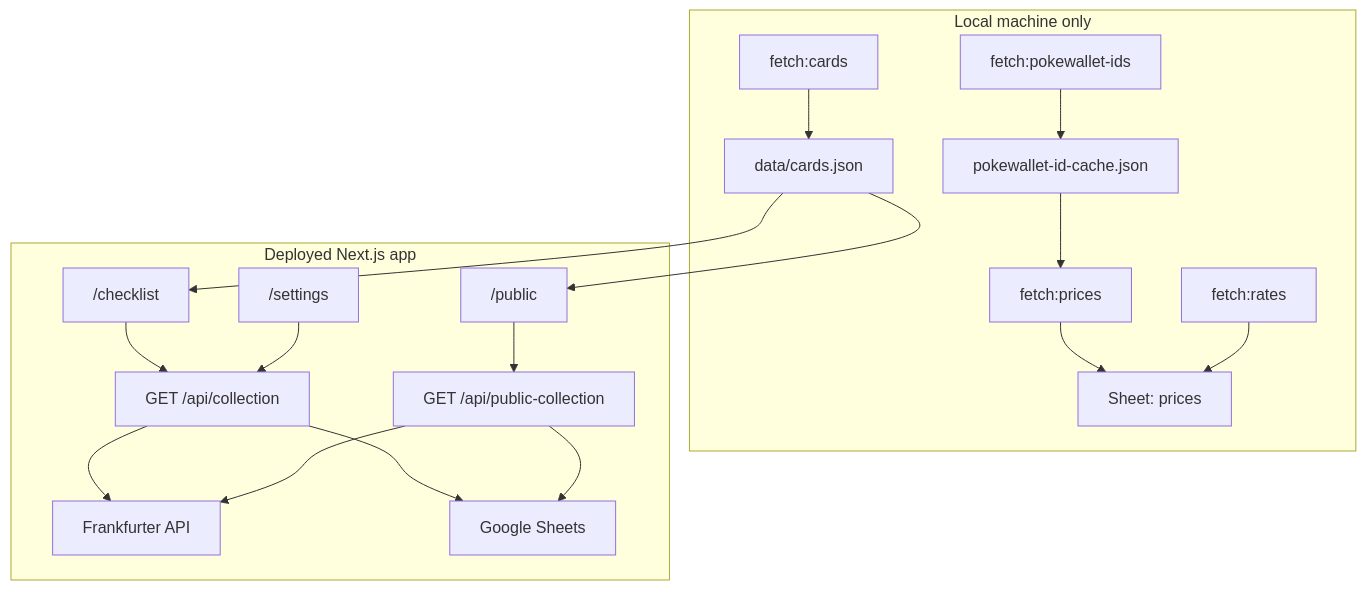
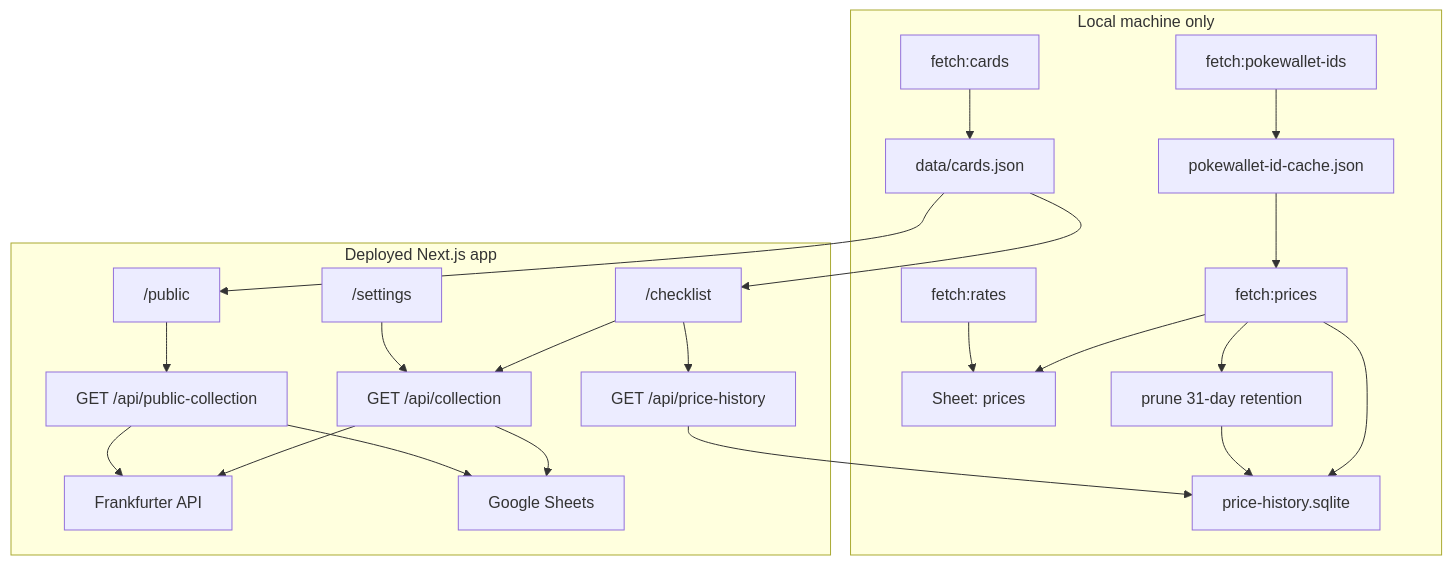
One commit to VortexRealms/eevee-tracxker changed the diagram in README.md. Above: the diagram before and after it, drawn with Mermaid. The commit also changed other lines of this file and 21 other files, not shown here.

First line of the commit message:
Add price history charts, card detail modal, and automated daily SQLite push.

````diff
--- a/README.md
+++ b/README.md
@@ -93,33 +100,39 @@
 ```mermaid
 flowchart TB
   subgraph local [Local machine only]
     fetchCards["fetch:cards"]
     fetchIds["fetch:pokewallet-ids"]
     fetchPrices["fetch:prices"]
     fetchRates["fetch:rates"]
     fetchCards --> cardsJson["data/cards.json"]
     fetchIds --> cacheJson["pokewallet-id-cache.json"]
     cacheJson --> fetchPrices
     fetchPrices --> pricesTab["Sheet: prices"]
+    fetchPrices --> sqlite["price-history.sqlite"]
+    fetchPrices --> prune["prune 31-day retention"]
+    prune --> sqlite
     fetchRates --> pricesTab
   end
 
   subgraph runtime [Deployed Next.js app]
     checklist["/checklist"]
     settings["/settings"]
     publicPage["/public"]
     apiAuth["GET /api/collection"]
     apiPublic["GET /api/public-collection"]
+    apiHistory["GET /api/price-history"]
     frankfurter["Frankfurter API"]
     sheets["Google Sheets"]
     cardsJson --> checklist
     cardsJson --> publicPage
     checklist --> apiAuth
+    checklist --> apiHistory
     publicPage --> apiPublic
     settings --> apiAuth
     apiAuth --> sheets
     apiPublic --> sheets
     apiAuth --> frankfurter
     apiPublic --> frankfurter
+    apiHistory --> sqlite
   end
 ```
````
